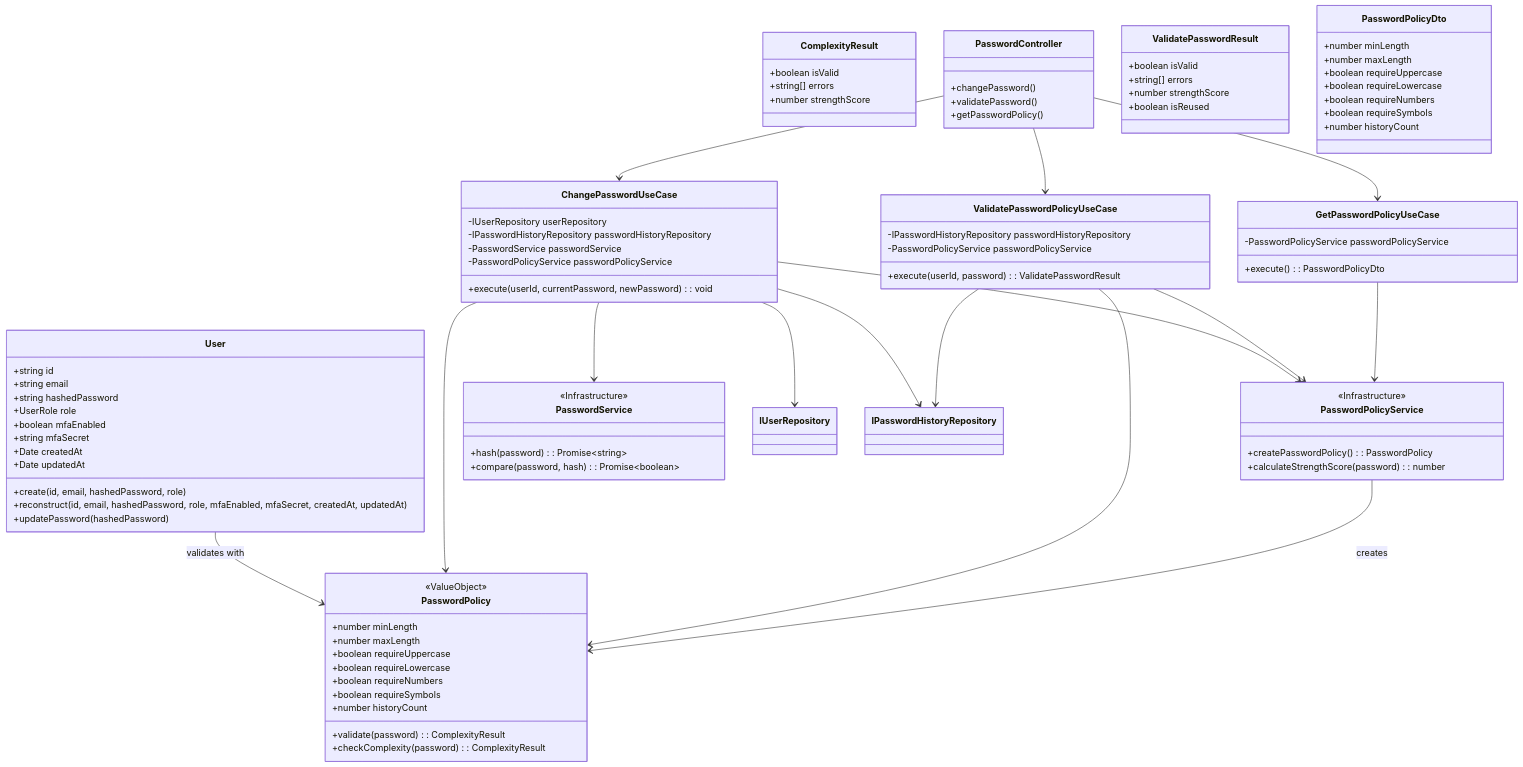
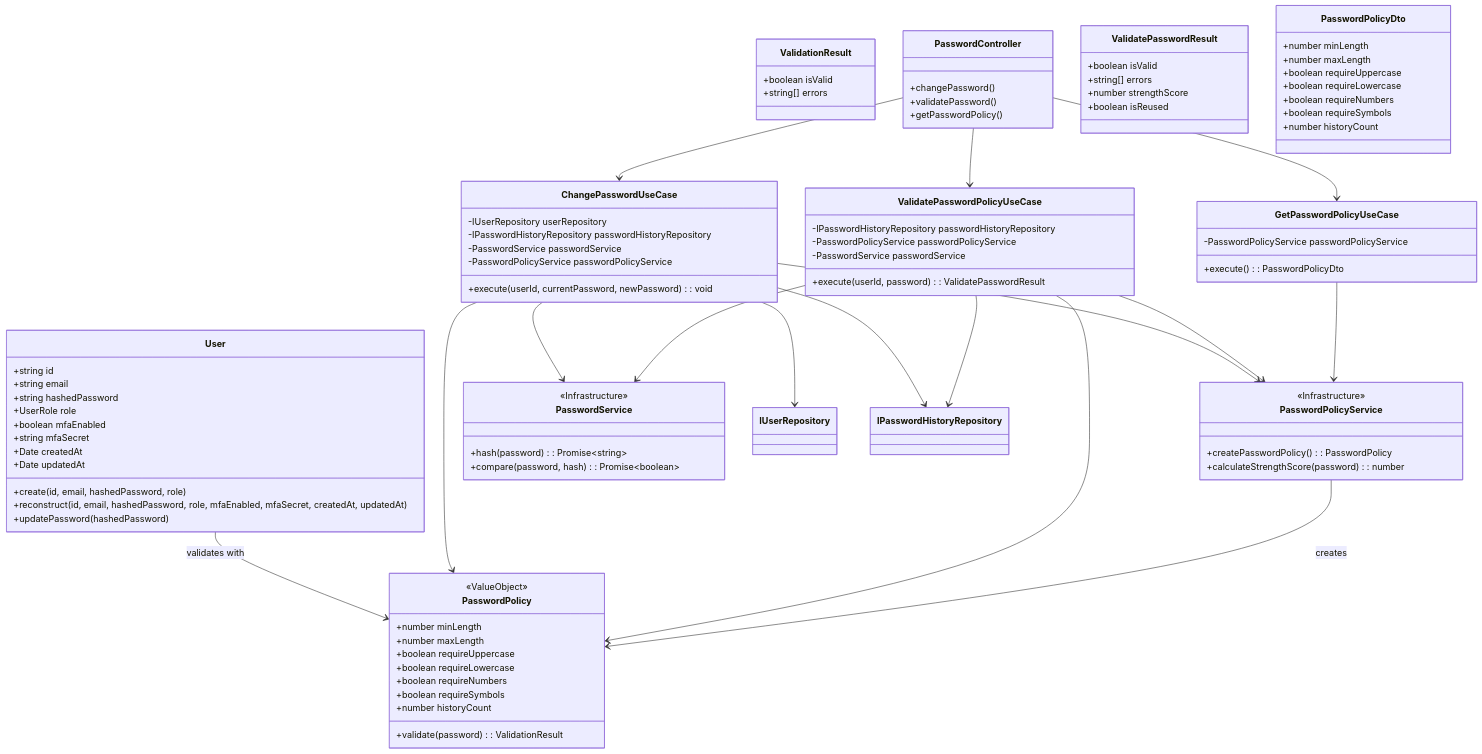
Before and after one commit to kencom2400/MrWebDefence-Console: the first of 3 diagrams in docs/detailed-design/MWD-32_password-policy-implementation/class-diagrams.md, drawn with Mermaid. The commit also changed 2 other files, not shown here.

Commit message:
fix: パスワードポリシー設計の一貫性を改善
- PasswordPolicy Value Objectから冗長なcheckComplexityメソッドを削除（validateのみに統一）
- ComplexityResultをValidationResultに変更し、strengthScoreを分離（Value Objectの責務を明確化）
- テスト戦略の記述を修正（PasswordPolicyServiceの責務を正確に記述）
- シーケンス図にPasswordPolicyとPasswordServiceを追加し、データフローの整合性を確保
- クラス図の依存関係を修正（ValidatePasswordPolicyUseCaseにPasswordServiceを追加）

```diff
--- a/docs/detailed-design/MWD-32_password-policy-implementation/class-diagrams.md
+++ b/docs/detailed-design/MWD-32_password-policy-implementation/class-diagrams.md
@@ -27,14 +27,12 @@
         +boolean requireNumbers
         +boolean requireSymbols
         +number historyCount
-        +validate(password): ComplexityResult
-        +checkComplexity(password): ComplexityResult
+        +validate(password): ValidationResult
     }
 
-    class ComplexityResult {
+    class ValidationResult {
         +boolean isValid
         +string[] errors
-        +number strengthScore
     }
 
     class ChangePasswordUseCase {
@@ -48,6 +46,7 @@
     class ValidatePasswordPolicyUseCase {
         -IPasswordHistoryRepository passwordHistoryRepository
         -PasswordPolicyService passwordPolicyService
+        -PasswordService passwordService
         +execute(userId, password): ValidatePasswordResult
     }
 
@@ -100,6 +99,7 @@
     ValidatePasswordPolicyUseCase --> IPasswordHistoryRepository
     ValidatePasswordPolicyUseCase --> PasswordPolicy
     ValidatePasswordPolicyUseCase --> PasswordPolicyService
+    ValidatePasswordPolicyUseCase --> PasswordService
     GetPasswordPolicyUseCase --> PasswordPolicyService
     PasswordController --> ChangePasswordUseCase
     PasswordController --> ValidatePasswordPolicyUseCase
```
